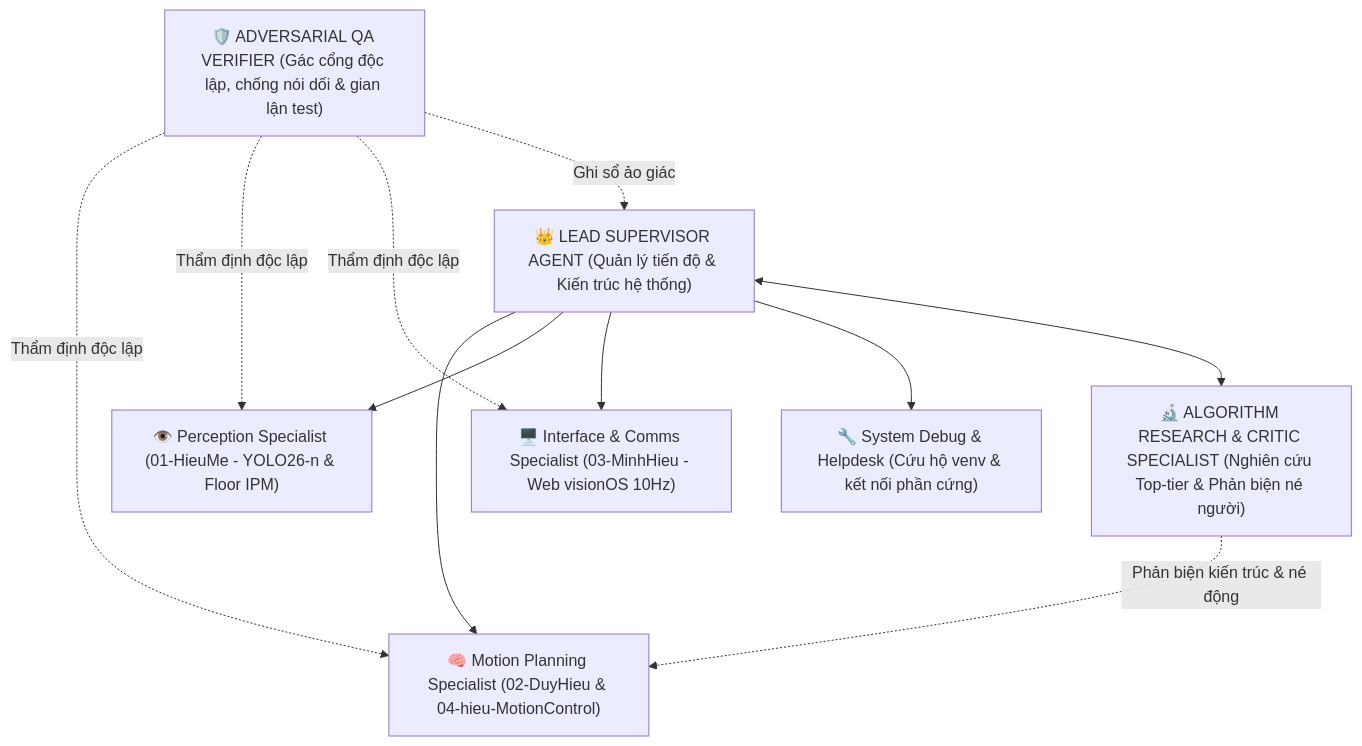
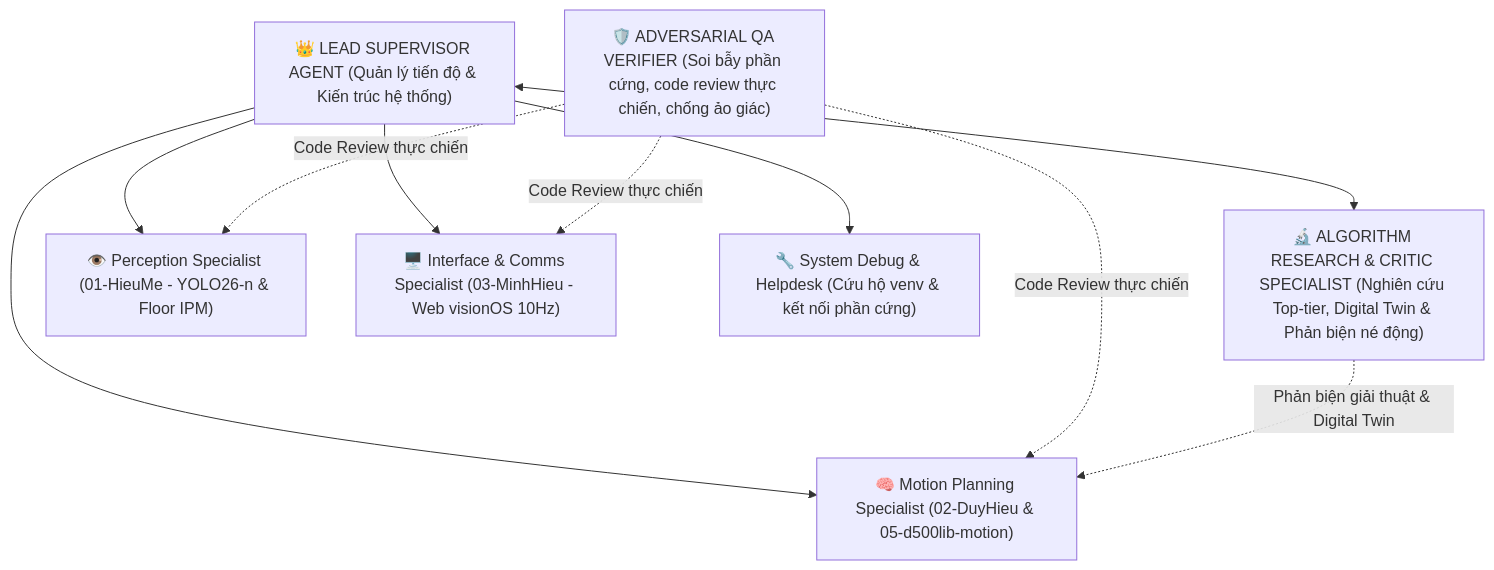
One commit to zxcvmh/CS532 changed the diagram in agents-doc/agents/lead-supervisor-agent.md. Above: the diagram before and after it, drawn with Mermaid. The commit also changed other lines of this file and 129 other files, not shown here.

First line of the commit message:
feat(slam,cartographer): integrate Cartographer 2D, real-time decoupled architecture & official LDROBOT D500 driver fixes

````diff
--- a/agents-doc/agents/lead-supervisor-agent.md
+++ b/agents-doc/agents/lead-supervisor-agent.md
@@ -34,18 +34,17 @@
 ```mermaid
 flowchart TD
     Lead["👑 LEAD SUPERVISOR AGENT (Quản lý tiến độ & Kiến trúc hệ thống)"]
-    QA["🛡️ ADVERSARIAL QA VERIFIER (Gác cổng độc lập, chống nói dối & gian lận test)"]
-    Crit["🔬 ALGORITHM RESEARCH & CRITIC SPECIALIST (Nghiên cứu Top-tier & Phản biện né người)"]
+    QA["🛡️ ADVERSARIAL QA VERIFIER (Soi bẫy phần cứng, code review thực chiến, chống ảo giác)"]
+    Crit["🔬 ALGORITHM RESEARCH & CRITIC SPECIALIST (Nghiên cứu Top-tier, Digital Twin & Phản biện né động)"]
     
-    Lead --> Alg["🧠 Motion Planning Specialist (02-DuyHieu & 04-hieu-MotionControl)"]
+    Lead --> Alg["🧠 Motion Planning Specialist (02-DuyHieu & 05-d500lib-motion)"]
     Lead --> Vis["👁️ Perception Specialist (01-HieuMe - YOLO26-n & Floor IPM)"]
     Lead --> Web["🖥️ Interface & Comms Specialist (03-MinhHieu - Web visionOS 10Hz)"]
     Lead --> Dbg["🔧 System Debug & Helpdesk (Cứu hộ venv & kết nối phần cứng)"]
     Lead <--> Crit
     
-    QA -.->|Thẩm định độc lập| Alg
-    QA -.->|Thẩm định độc lập| Vis
-    QA -.->|Thẩm định độc lập| Web
-    QA -.->|Ghi sổ ảo giác| Lead
-    Crit -.->|Phản biện kiến trúc & né động| Alg
+    QA -.->|Code Review thực chiến| Alg
+    QA -.->|Code Review thực chiến| Vis
+    QA -.->|Code Review thực chiến| Web
+    Crit -.->|Phản biện giải thuật & Digital Twin| Alg
 ```
````
